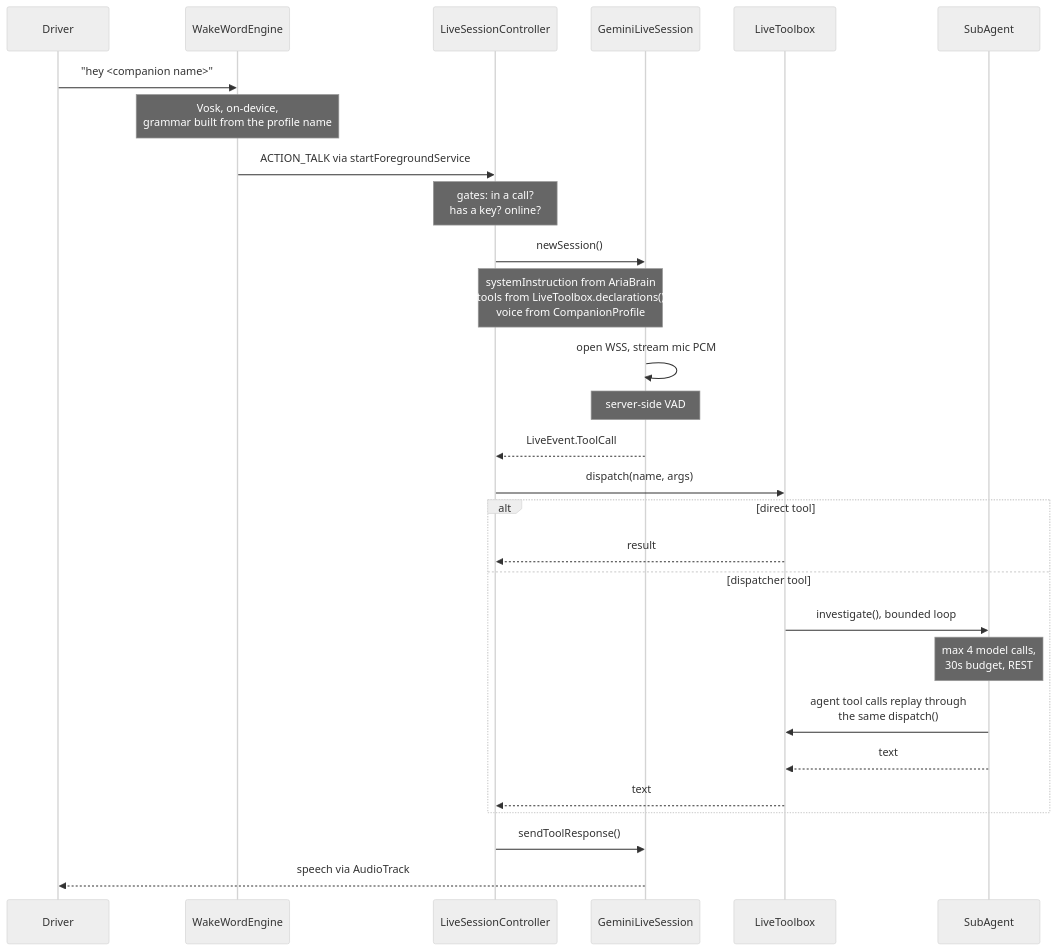
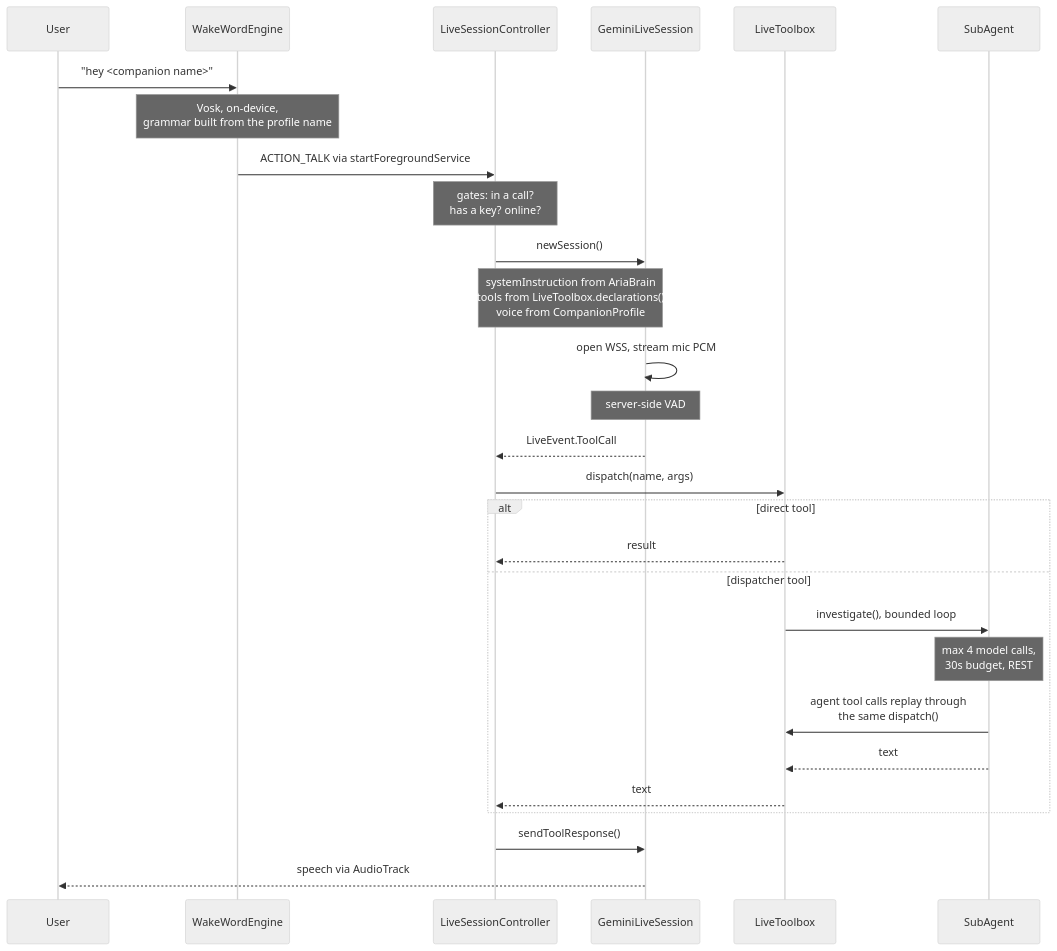
Before and after one commit to kevinmyo-code/legion: the diagram in docs/architecture/c3-voice-loop.md, drawn with Mermaid (neutral theme). The commit also changed other lines of this file and 8 other files, not shown here.

````diff
--- a/docs/architecture/c3-voice-loop.md
+++ b/docs/architecture/c3-voice-loop.md
@@ -13,33 +13,33 @@
 ```mermaid
 sequenceDiagram
-    participant U as Driver
+    participant U as User
     participant W as WakeWordEngine
     participant C as LiveSessionController
     participant G as GeminiLiveSession
     participant T as LiveToolbox
     participant S as SubAgent
 
     U->>W: "hey <companion name>"
     Note over W: Vosk, on-device,<br/>grammar built from the profile name
     W->>C: ACTION_TALK via startForegroundService
     Note over C: gates: in a call?<br/>has a key? online?
     C->>G: newSession()
     Note over C,G: systemInstruction from AriaBrain<br/>tools from LiveToolbox.declarations()<br/>voice from CompanionProfile
     G->>G: open WSS, stream mic PCM
     Note over G: server-side VAD
     G-->>C: LiveEvent.ToolCall
     C->>T: dispatch(name, args)
 
     alt direct tool
         T-->>C: result
     else dispatcher tool
         T->>S: investigate(), bounded loop
         Note over S: max 4 model calls,<br/>30s budget, REST
         S->>T: agent tool calls replay through<br/>the same dispatch()
         S-->>T: text
         T-->>C: text
     end
 
     C->>G: sendToolResponse()
     G-->>U: speech via AudioTrack
 ```
````
